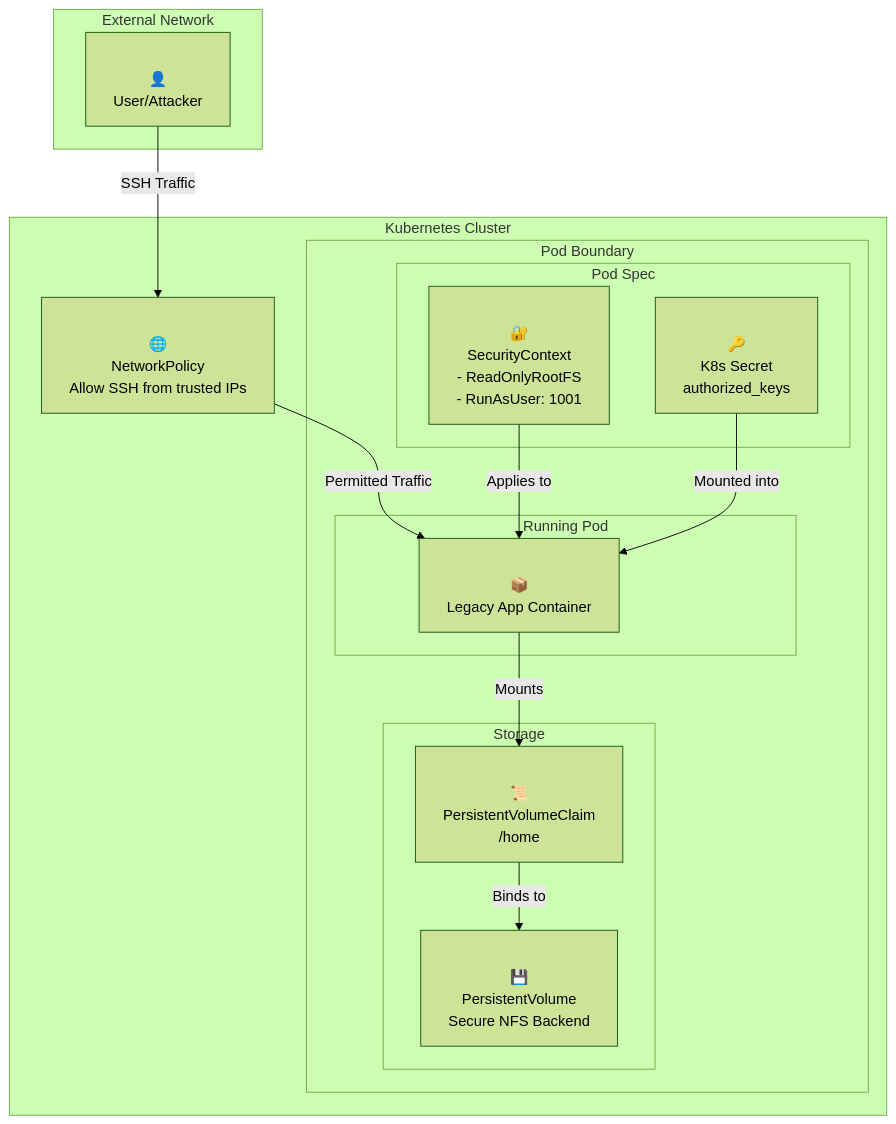
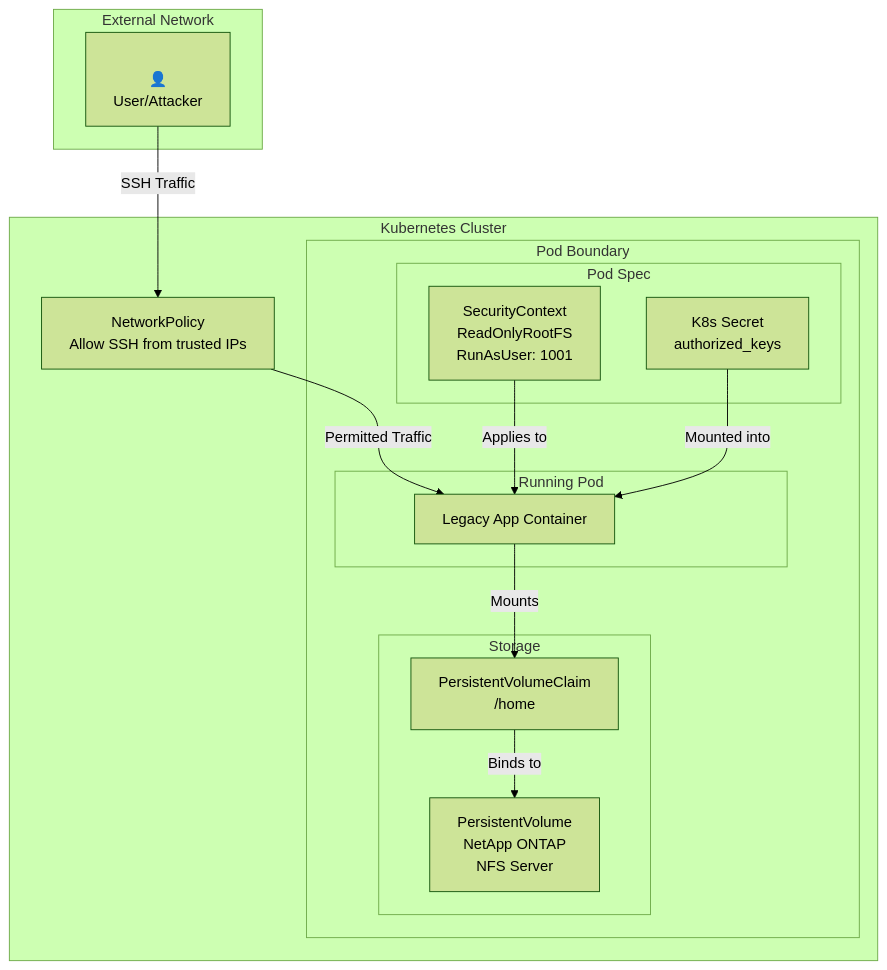
The third of 7 diagrams in docs/portfolio/ntap/nfsv4auth/index.md (romdalf/romadams.com), drawn with Mermaid (forest theme) before and after one commit.

Commit message:
update content

````diff
--- a/docs/portfolio/ntap/nfsv4auth/index.md
+++ b/docs/portfolio/ntap/nfsv4auth/index.md
@@ -173,33 +173,33 @@
 ```mermaid
 graph TD
     subgraph "External Network"
         User[<br>👤<br>User/Attacker]
     end
 
     subgraph "Kubernetes Cluster"
-        NetPol[<br>🌐<br>NetworkPolicy<br>Allow SSH from trusted IPs]
+        NetPol[NetworkPolicy<br>Allow SSH from trusted IPs]
         User -- "SSH Traffic" --> NetPol
 
         subgraph "Pod Boundary"            
             subgraph "Pod Spec"
-                SecContext[<br>🔐<br>SecurityContext<br>- ReadOnlyRootFS<br>- RunAsUser: 1001]
-                K8sSecrets[<br>🔑<br>K8s Secret<br>authorized_keys]
+                SecContext[SecurityContext<br>ReadOnlyRootFS<br>RunAsUser: 1001]
+                K8sSecrets[K8s Secret<br>authorized_keys]
             end
 
             subgraph "Running Pod"
-                Container[<br>📦<br>Legacy App Container]
+                Container[Legacy App Container]
             end
             
             subgraph "Storage"
-               PVC[<br>📜<br>PersistentVolumeClaim<br>/home]
-               PV[<br>💾<br>PersistentVolume<br>Secure NFS Backend]
+               PVC[PersistentVolumeClaim<br>/home]
+               PV[PersistentVolume<br>NetApp ONTAP<br>NFS Server]  
             end
         end
         
         NetPol -- "Permitted Traffic" --> Container
         SecContext -- "Applies to" --> Container
         K8sSecrets -- "Mounted into" --> Container
         Container -- "Mounts" --> PVC
         PVC -- "Binds to" --> PV
     end
 ``` 
````
